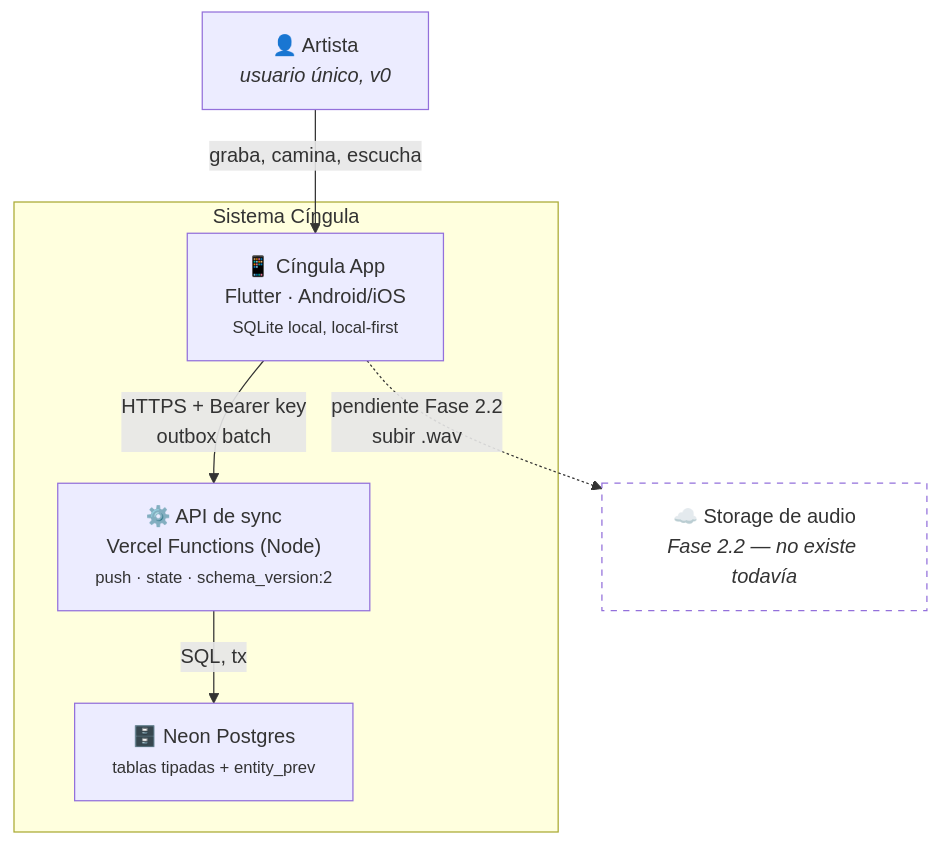
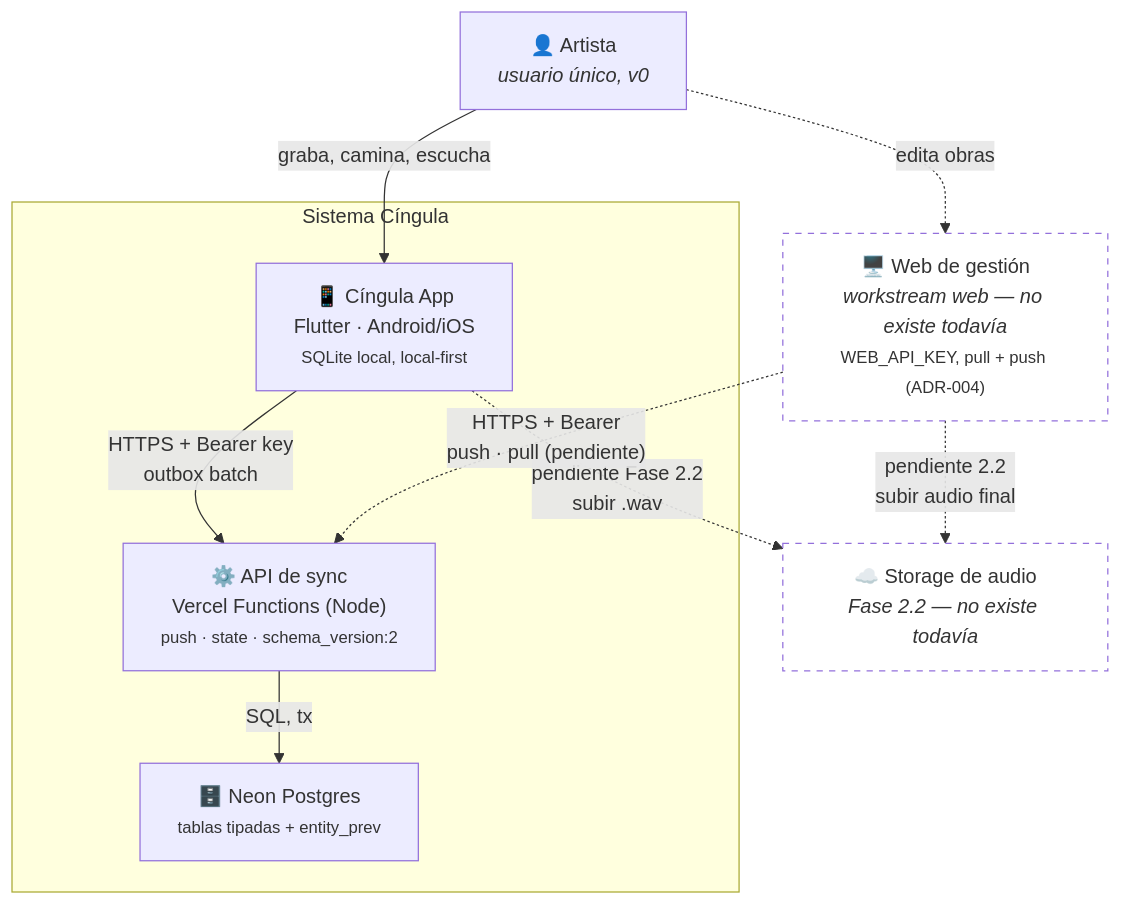
The first of 5 diagrams in .planning/ARCHITECTURE.md (TropicalPoncho/cingula_app), drawn with Mermaid before and after one commit. The commit also changed other lines of this file and 110 other files, not shown here.

First line of the commit message:
docs(planning): workstreams app/web + ADRs en Notion (ADR-009/010)

````diff
--- a/.planning/ARCHITECTURE.md
+++ b/.planning/ARCHITECTURE.md
@@ -16,19 +17,24 @@
 ```mermaid
 graph TB
   artist["👤 Artista<br/><i>usuario único, v0</i>"]
 
   subgraph sys["Sistema Cíngula"]
     app["📱 Cíngula App<br/>Flutter · Android/iOS<br/><small>SQLite local, local-first</small>"]
     api["⚙️ API de sync<br/>Vercel Functions (Node)<br/><small>push · state · schema_version:2</small>"]
     db["🗄️ Neon Postgres<br/><small>tablas tipadas + entity_prev</small>"]
   end
 
   blob["☁️ Storage de audio<br/><i>Fase 2.2 — no existe todavía</i>"]
+  web["🖥️ Web de gestión<br/><i>workstream web — no existe todavía</i><br/><small>WEB_API_KEY, pull + push (ADR-004)</small>"]
 
   artist -- "graba, camina, escucha" --> app
   app -- "HTTPS + Bearer key<br/>outbox batch" --> api
   api -- "SQL, tx" --> db
   app -.-> |"pendiente Fase 2.2<br/>subir .wav"| blob
+  artist -. "edita obras" .-> web
+  web -. "HTTPS + Bearer<br/>push · pull (pendiente)" .-> api
+  web -.-> |"pendiente 2.2<br/>subir audio final"| blob
 
   style blob stroke-dasharray: 5 5,fill:transparent
+  style web stroke-dasharray: 5 5,fill:transparent
 ```
````
